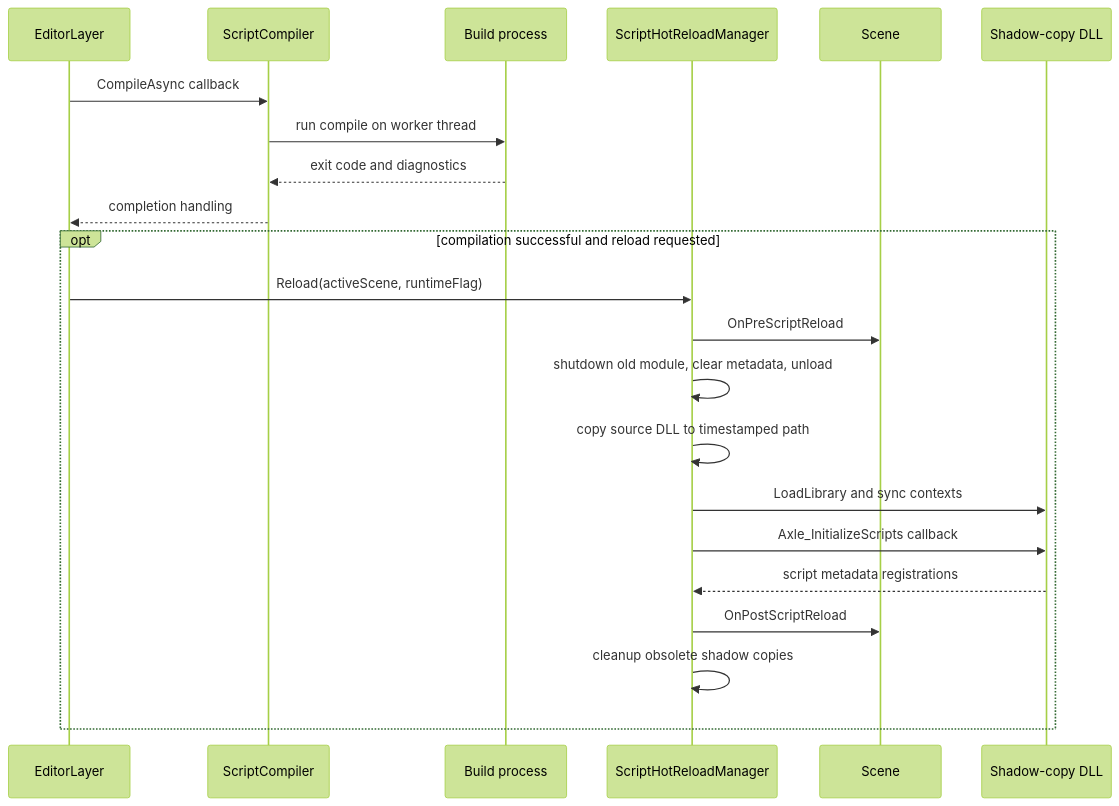
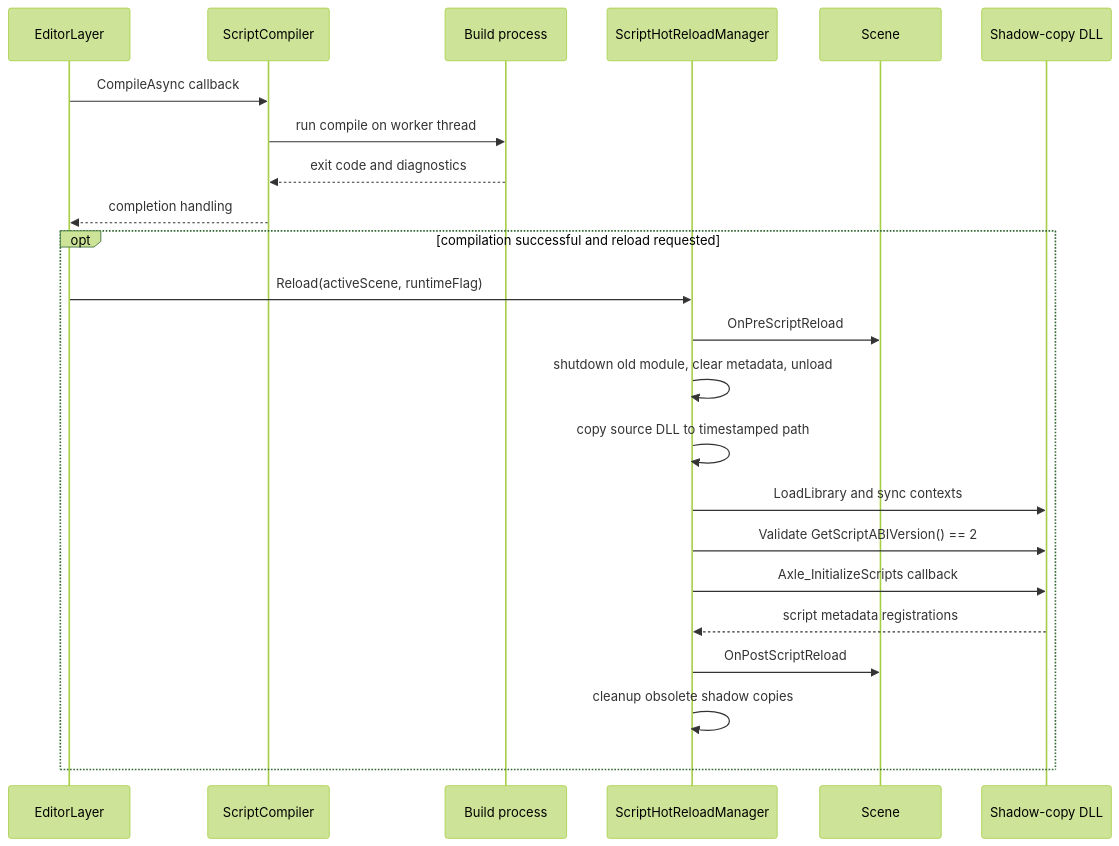
The eighth of 11 diagrams in docs/architecture/RUNTIME_FLOWS.md (nguyenphong0210/AxleEngine), drawn with Mermaid (forest theme) before and after one commit. The commit also changed other lines of this file and 22 other files, not shown here.

Commit message:
docs: standardize architecture guides and retire obsolete prompt archives

````diff
--- a/docs/architecture/RUNTIME_FLOWS.md
+++ b/docs/architecture/RUNTIME_FLOWS.md
@@ -205,24 +206,25 @@
 ```mermaid
 sequenceDiagram
     participant EL as EditorLayer
     participant Compiler as ScriptCompiler
     participant Build as Build process
     participant Reload as ScriptHotReloadManager
     participant Scene
     participant DLL as Shadow-copy DLL
     EL->>Compiler: CompileAsync callback
     Compiler->>Build: run compile on worker thread
     Build-->>Compiler: exit code and diagnostics
     Compiler-->>EL: completion handling
     opt compilation successful and reload requested
         EL->>Reload: Reload(activeScene, runtimeFlag)
         Reload->>Scene: OnPreScriptReload
         Reload->>Reload: shutdown old module, clear metadata, unload
         Reload->>Reload: copy source DLL to timestamped path
         Reload->>DLL: LoadLibrary and sync contexts
+        Reload->>DLL: Validate GetScriptABIVersion() == 2
         Reload->>DLL: Axle_InitializeScripts callback
         DLL-->>Reload: script metadata registrations
         Reload->>Scene: OnPostScriptReload
         Reload->>Reload: cleanup obsolete shadow copies
     end
 ```
````
